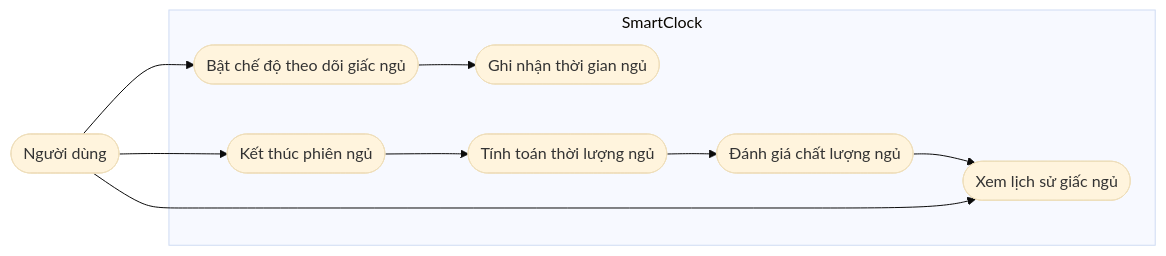
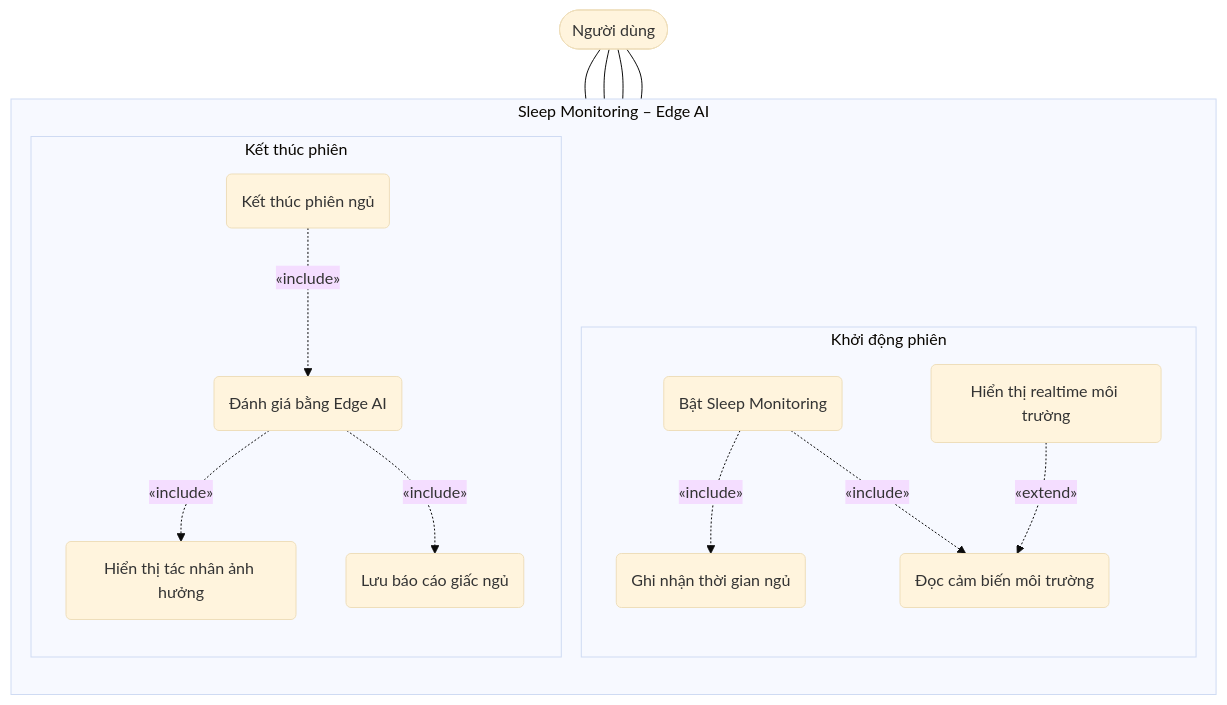
The sixth of 10 diagrams in docs/Spectification/SmartClock/03_Objectives.md (Computer-Vision-HCMUS/AIoT-Server), drawn with Mermaid (base theme) before and after one commit. The commit also changed other lines of this file and 60 other files, not shown here.

Commit message:
Add new images for SmartClock presentation, remove outdated images, and introduce initial documentation for SomniLearnAI specifications, including objectives, architecture, and Edge AI functionalities.

````diff
--- a/docs/Spectification/SmartClock/03_Objectives.md
+++ b/docs/Spectification/SmartClock/03_Objectives.md
@@ -234,21 +284,32 @@
 ```mermaid
-flowchart LR
-    User([Người dùng])
+flowchart TD
+    User(["Người dùng"])
 
-    subgraph SmartClock["SmartClock"]
-        UC1([Bật chế độ theo dõi giấc ngủ])
-        UC2([Ghi nhận thời gian ngủ])
-        UC3([Kết thúc phiên ngủ])
-        UC4([Tính toán thời lượng ngủ])
-        UC5([Đánh giá chất lượng ngủ])
-        UC6([Xem lịch sử giấc ngủ])
+    subgraph SleepMonitoring["Sleep Monitoring – Edge AI"]
+        direction TB
+        subgraph GRP_START["Khởi động phiên"]
+            UC1("Bật Sleep Monitoring")
+            UC2("Ghi nhận thời gian ngủ")
+            UC3("Đọc cảm biến môi trường")
+            UC4("Hiển thị realtime môi trường")
+        end
+        subgraph GRP_END["Kết thúc phiên"]
+            UC5("Kết thúc phiên ngủ")
+            UC6("Đánh giá bằng Edge AI")
+            UC7("Hiển thị tác nhân ảnh hưởng")
+            UC8("Lưu báo cáo giấc ngủ")
+        end
     end
 
-    User --> UC1
-    UC1 --> UC2
-    User --> UC3
-    UC3 --> UC4
-    UC4 --> UC5
-    UC5 --> UC6
-    User --> UC6
+    User --- UC1
+    User --- UC4
+    User --- UC5
+    User --- UC7
+
+    UC1 -. "«include»" .-> UC2
+    UC1 -. "«include»" .-> UC3
+    UC4 -. "«extend»" .-> UC3
+    UC5 -. "«include»" .-> UC6
+    UC6 -. "«include»" .-> UC7
+    UC6 -. "«include»" .-> UC8
 ```
````
